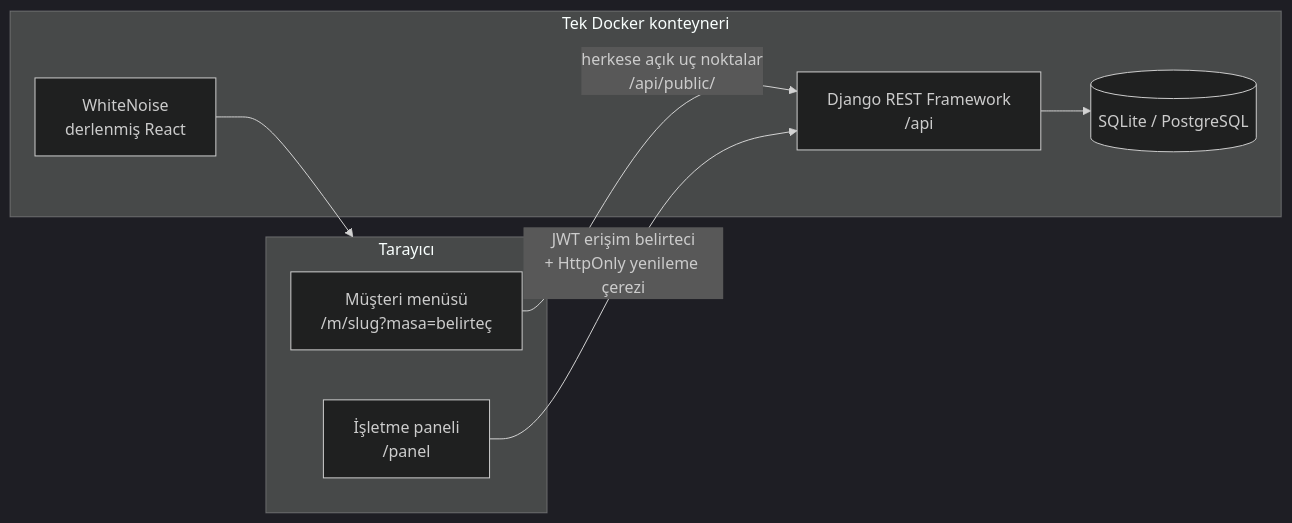
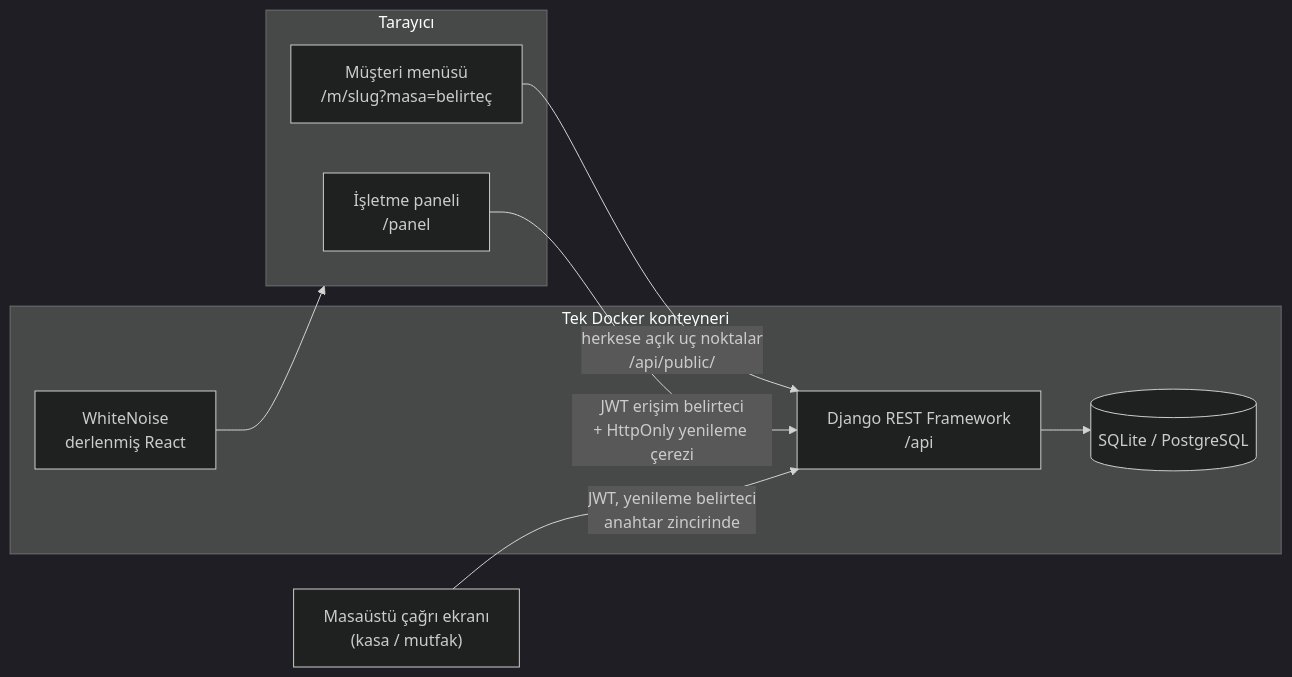
The diagram in README.md (melisayalcinkaya/qr_menus), drawn with Mermaid (dark theme) before and after one commit. The commit also changed other lines of this file, not shown here.

````diff
--- a/README.md
+++ b/README.md
@@ -66,16 +70,18 @@
 ```mermaid
 flowchart LR
     subgraph Tarayici[Tarayıcı]
         M["Müşteri menüsü<br/>/m/slug?masa=belirteç"]
         P["İşletme paneli<br/>/panel"]
     end
     subgraph Sunucu["Tek Docker konteyneri"]
         W["WhiteNoise<br/>derlenmiş React"]
         A["Django REST Framework<br/>/api"]
         D[("SQLite / PostgreSQL")]
     end
+    K["Masaüstü çağrı ekranı<br/>(kasa / mutfak)"]
     M -- "herkese açık uç noktalar<br/>/api/public/" --> A
     P -- "JWT erişim belirteci<br/>+ HttpOnly yenileme çerezi" --> A
+    K -- "JWT, yenileme belirteci<br/>anahtar zincirinde" --> A
     W --> Tarayici
     A --> D
 ```
````
